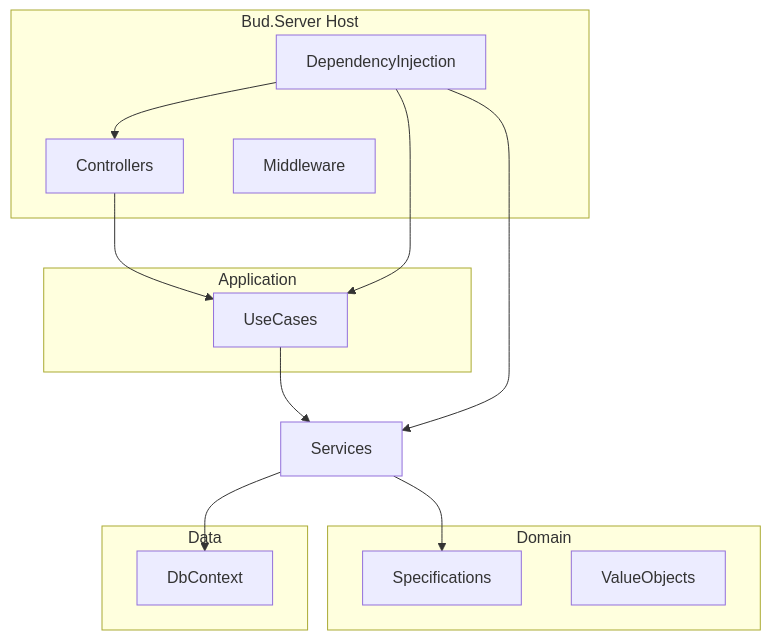
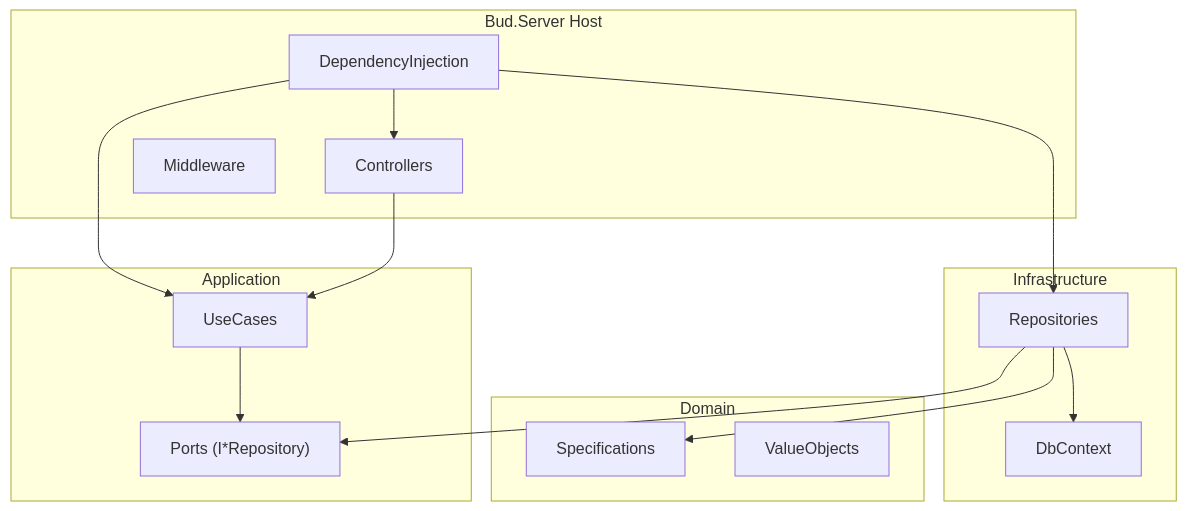
The seventh of 10 diagrams in README.md (dsbraz/bud), drawn with Mermaid before and after one commit. The commit also changed other lines of this file and 9 other files, not shown here.

First line of the commit message:
docs(architecture): align ADR and guidelines with clean architecture migration

````diff
--- a/README.md
+++ b/README.md
@@ -256,26 +263,29 @@
 ```mermaid
 flowchart TB
     subgraph Host["Bud.Server Host"]
       Controllers
       Middleware
       DependencyInjection
     end
     subgraph App["Application"]
       UseCases
+      Ports["Ports (I*Repository)"]
     end
     subgraph Domain["Domain"]
       Specifications
       ValueObjects
     end
-    subgraph Data["Data"]
+    subgraph Infra["Infrastructure"]
+      Repositories
       DbContext
     end
 
     Controllers --> UseCases
-    UseCases --> Services["Services"]
-    Services --> DbContext
-    Services --> Specifications
+    UseCases --> Ports
+    Repositories --> Ports
+    Repositories --> DbContext
+    Repositories --> Specifications
     DependencyInjection --> Controllers
     DependencyInjection --> UseCases
-    DependencyInjection --> Services
+    DependencyInjection --> Repositories
 ```
````
